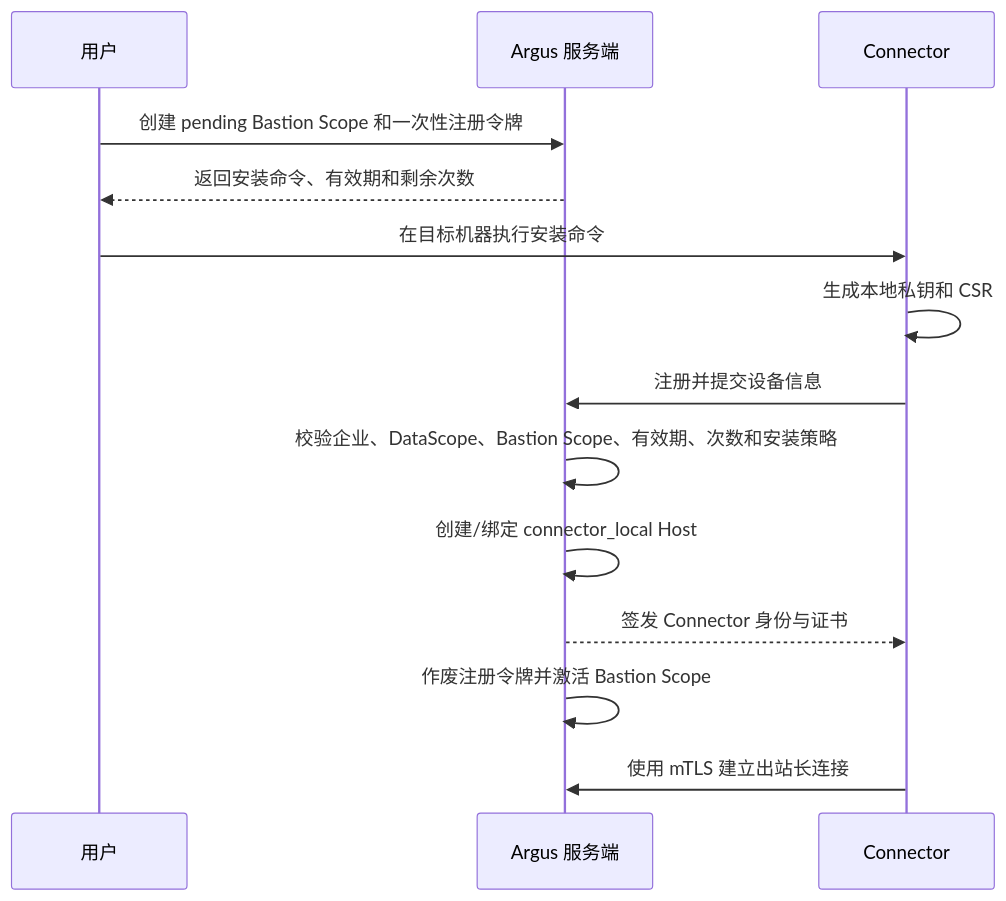
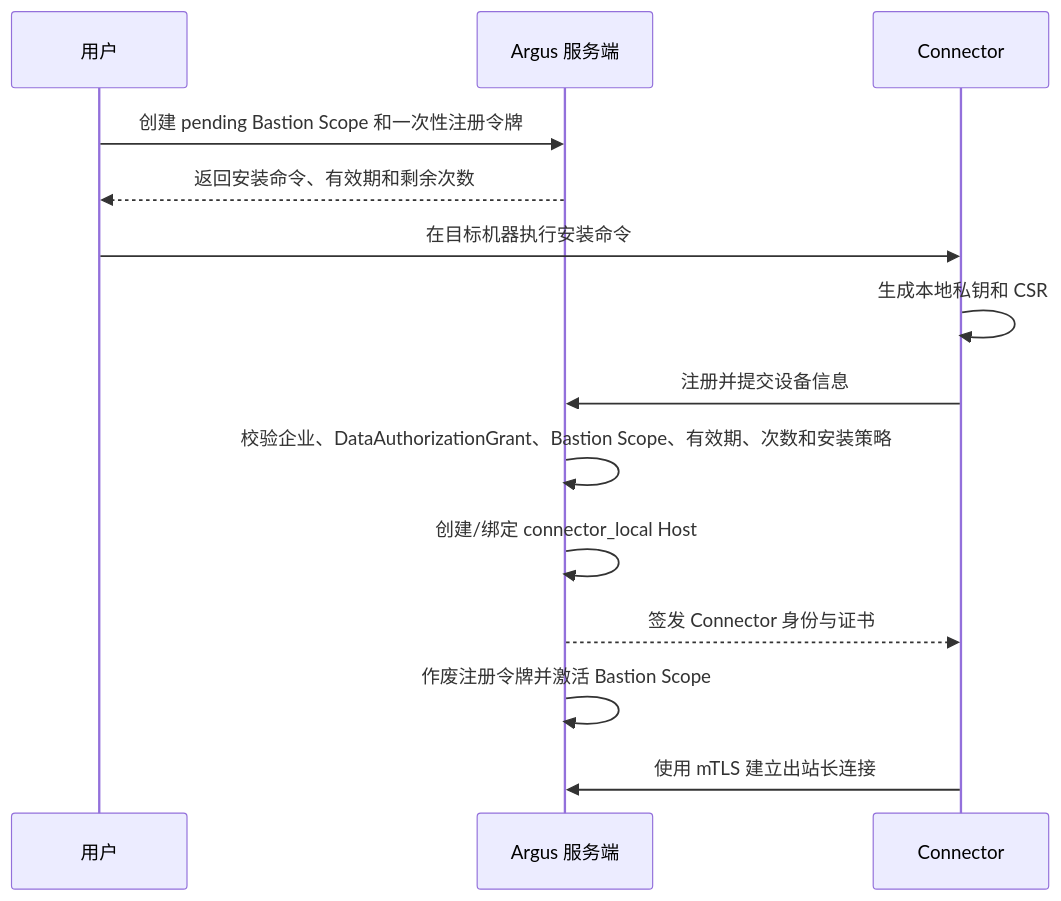
One commit to kakj-go/Argus changed the first of 4 diagrams in docs/03-connectors-and-resources.md. Above: the diagram before and after it, drawn with Mermaid. The commit also changed other lines of this file and 372 other files, not shown here.

````diff
--- a/docs/03-connectors-and-resources.md
+++ b/docs/03-connectors-and-resources.md
@@ -112,17 +114,17 @@
 ```mermaid
 sequenceDiagram
     participant U as 用户
     participant S as Argus 服务端
     participant C as Connector
 
     U->>S: 创建 pending Bastion Scope 和一次性注册令牌
     S-->>U: 返回安装命令、有效期和剩余次数
     U->>C: 在目标机器执行安装命令
     C->>C: 生成本地私钥和 CSR
     C->>S: 注册并提交设备信息
-    S->>S: 校验企业、DataScope、Bastion Scope、有效期、次数和安装策略
+    S->>S: 校验企业、DataAuthorizationGrant、Bastion Scope、有效期、次数和安装策略
     S->>S: 创建/绑定 connector_local Host
     S-->>C: 签发 Connector 身份与证书
     S->>S: 作废注册令牌并激活 Bastion Scope
     C->>S: 使用 mTLS 建立出站长连接
 ```
````
